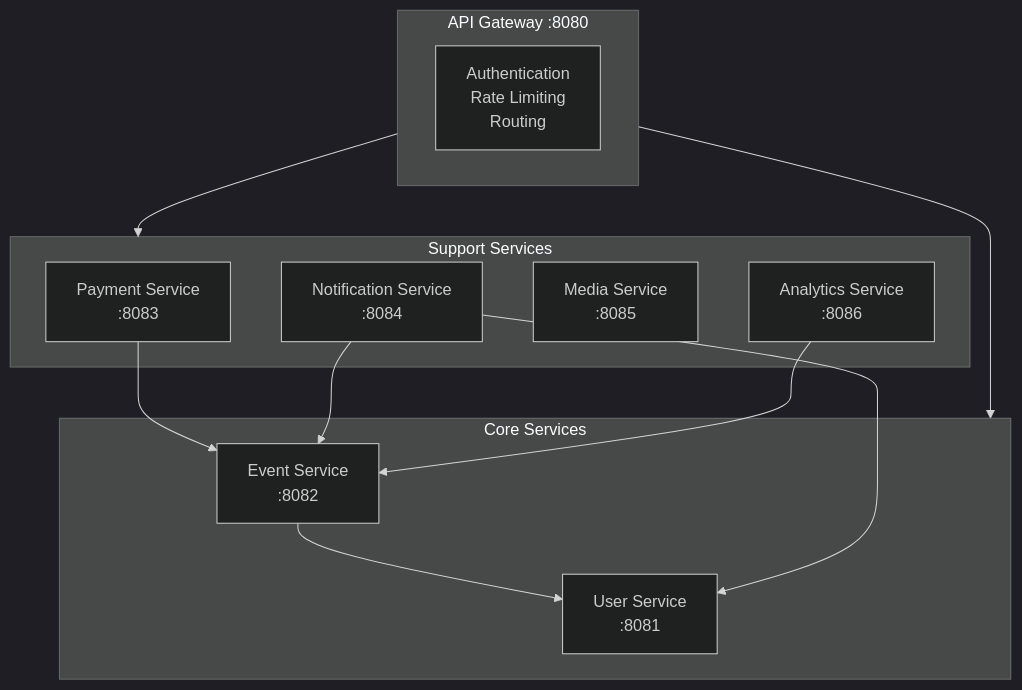
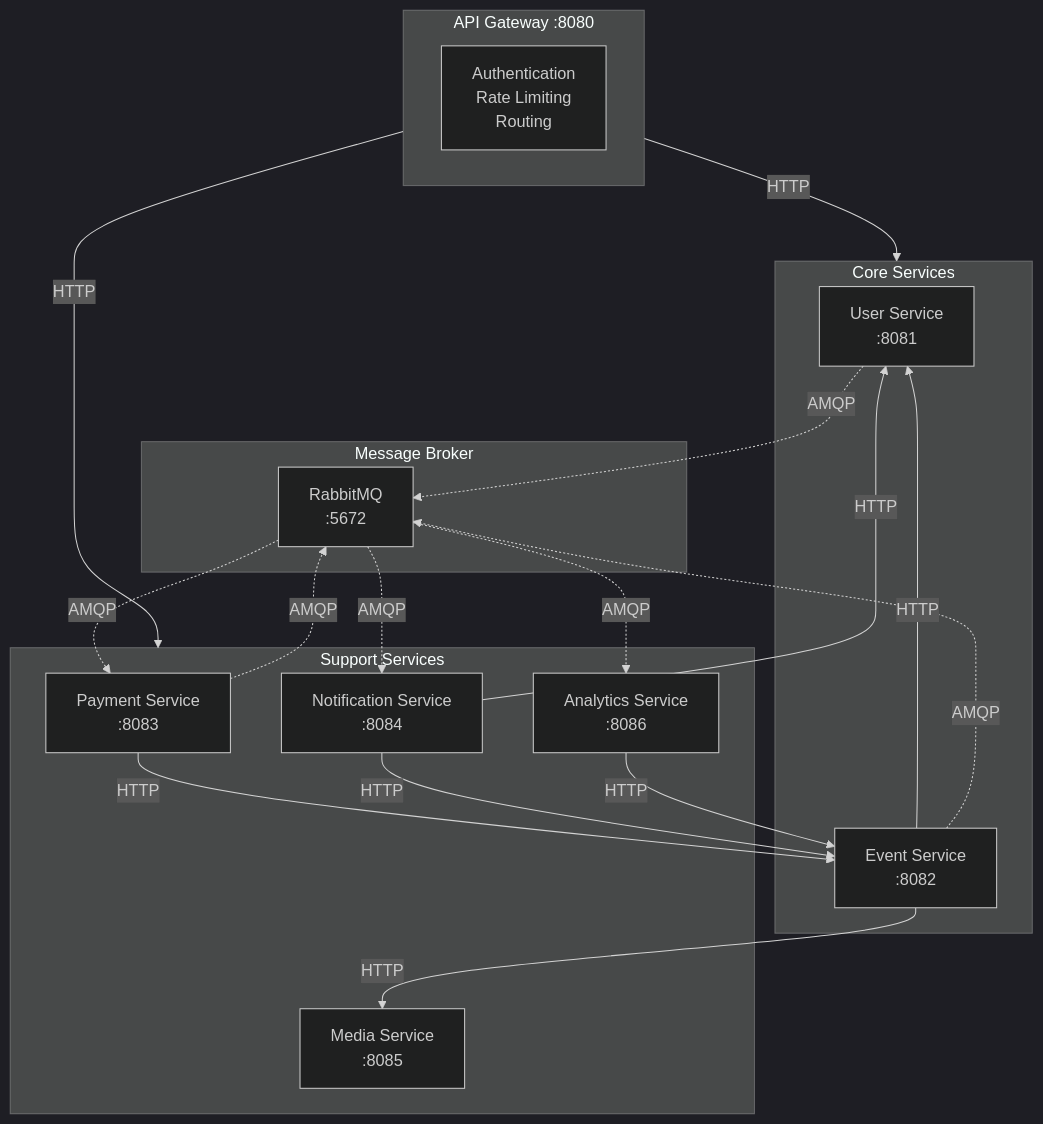
The first of 3 diagrams in docs/architecture/service-topology.md (egorov-ma/aqstream), drawn with Mermaid (dark theme) before and after one commit. The commit also changed other lines of this file and 47 other files, not shown here.

````diff
--- a/docs/architecture/service-topology.md
+++ b/docs/architecture/service-topology.md
@@ -7,27 +7,39 @@
 ```mermaid
 flowchart TB
     subgraph Gateway["API Gateway :8080"]
         GW["Authentication<br/>Rate Limiting<br/>Routing"]
     end
-    
+
     subgraph Core["Core Services"]
         US["User Service<br/>:8081"]
         ES["Event Service<br/>:8082"]
     end
-    
+
     subgraph Support["Support Services"]
         PS["Payment Service<br/>:8083"]
         NS["Notification Service<br/>:8084"]
         MS["Media Service<br/>:8085"]
         AS["Analytics Service<br/>:8086"]
     end
-    
-    Gateway --> Core
-    Gateway --> Support
-    
-    ES --> US
-    PS --> ES
-    NS --> US
-    NS --> ES
-    AS --> ES
+
+    subgraph Messaging["Message Broker"]
+        RMQ["RabbitMQ<br/>:5672"]
+    end
+
+    Gateway -->|HTTP| Core
+    Gateway -->|HTTP| Support
+
+    ES -->|HTTP| US
+    ES -->|HTTP| MS
+    PS -->|HTTP| ES
+    NS -->|HTTP| US
+    NS -->|HTTP| ES
+    AS -->|HTTP| ES
+
+    US -.->|AMQP| RMQ
+    ES -.->|AMQP| RMQ
+    PS -.->|AMQP| RMQ
+    RMQ -.->|AMQP| PS
+    RMQ -.->|AMQP| NS
+    RMQ -.->|AMQP| AS
 ```
````
